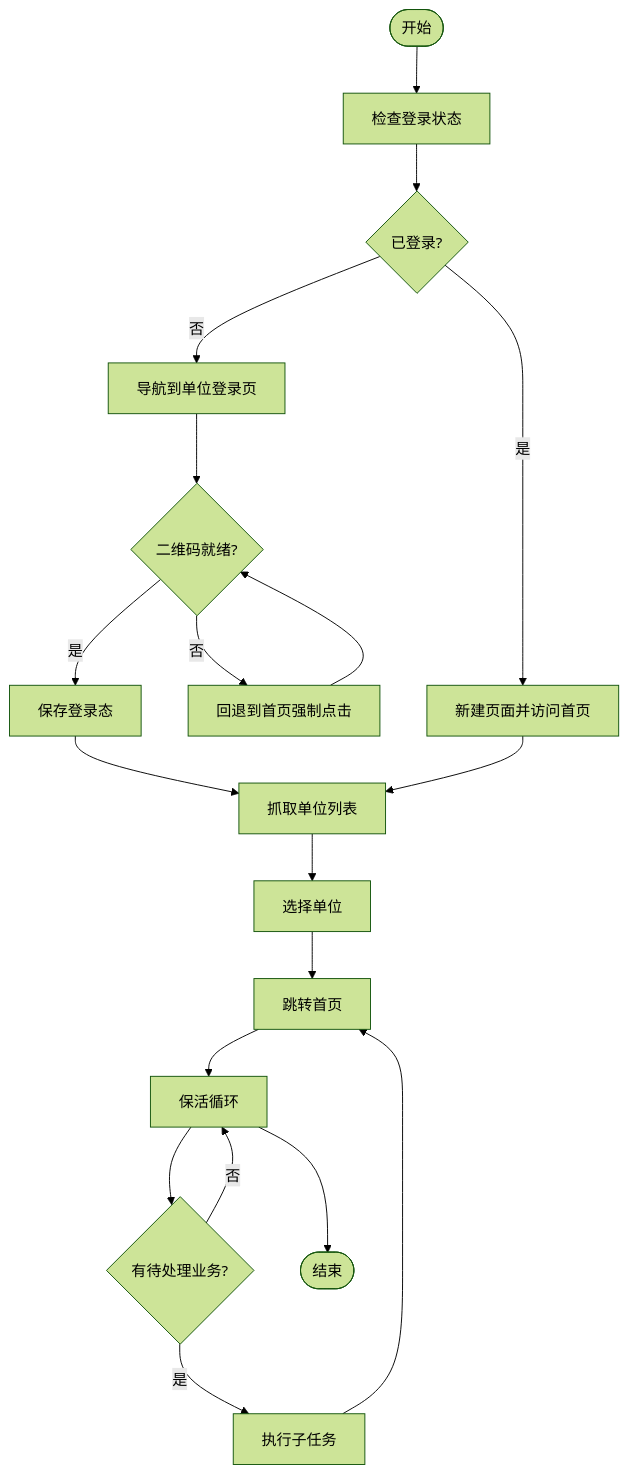
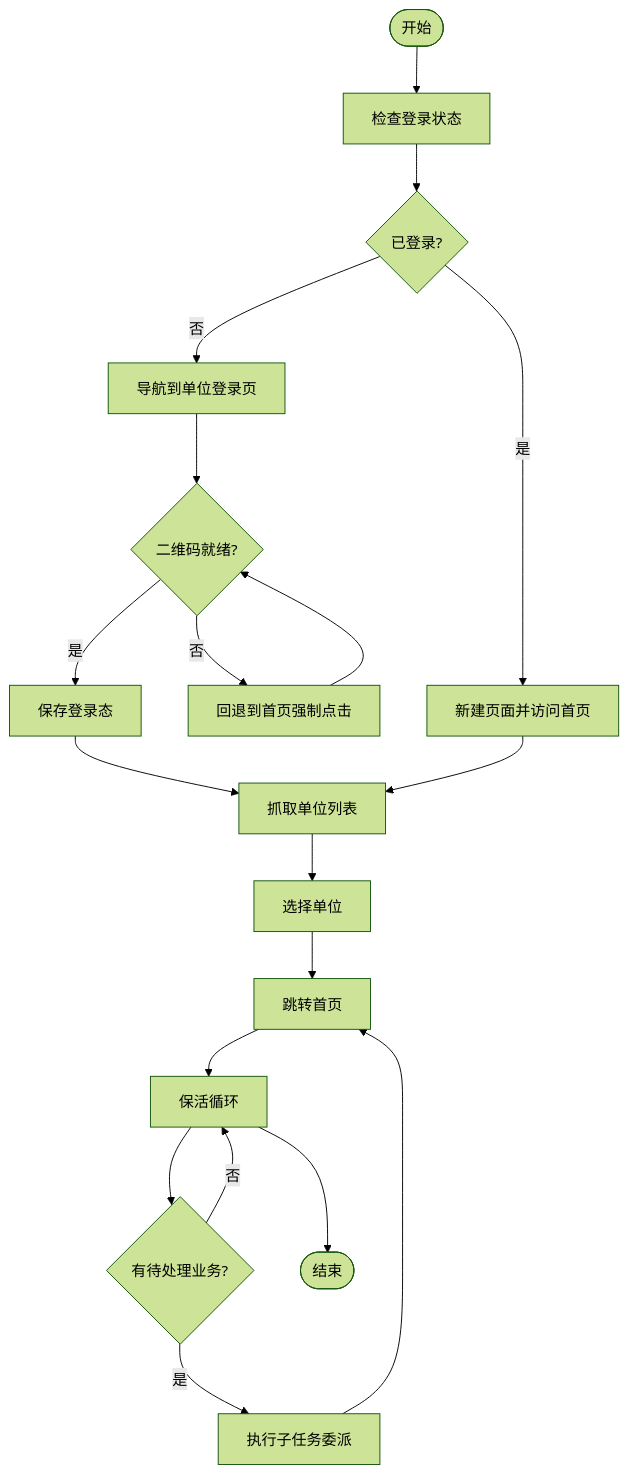
Before and after one commit to onebody/ccclubs_AI_RPA: the third of 14 diagrams in .qoder/repowiki/zh/content/浏览器自动化/站点自动化.md, drawn with Mermaid (forest theme). The commit also changed other lines of this file and 50 other files, not shown here.

````diff
--- a/.qoder/repowiki/zh/content/浏览器自动化/站点自动化.md
+++ b/.qoder/repowiki/zh/content/浏览器自动化/站点自动化.md
@@ -193,21 +224,21 @@
 ```mermaid
 flowchart TD
 Start(["开始"]) --> CheckLogin["检查登录状态"]
 CheckLogin --> IsLoggedIn{"已登录?"}
 IsLoggedIn -- 否 --> NavToLogin["导航到单位登录页"]
 NavToLogin --> QRReady{"二维码就绪?"}
 QRReady -- 是 --> SaveState["保存登录态"]
 QRReady -- 否 --> Fallback["回退到首页强制点击"]
 Fallback --> QRReady
 IsLoggedIn -- 是 --> NewPage["新建页面并访问首页"]
 SaveState --> FetchCompanies["抓取单位列表"]
 NewPage --> FetchCompanies
 FetchCompanies --> SelectCompany["选择单位"]
 SelectCompany --> Home["跳转首页"]
 Home --> KeepAlive["保活循环"]
 KeepAlive --> Pending{"有待处理业务?"}
-Pending -- 是 --> ExecSub["执行子任务"]
+Pending -- 是 --> ExecSub["执行子任务委派"]
 ExecSub --> Home
 Pending -- 否 --> KeepAlive
 KeepAlive --> End(["结束"])
 ```
````
